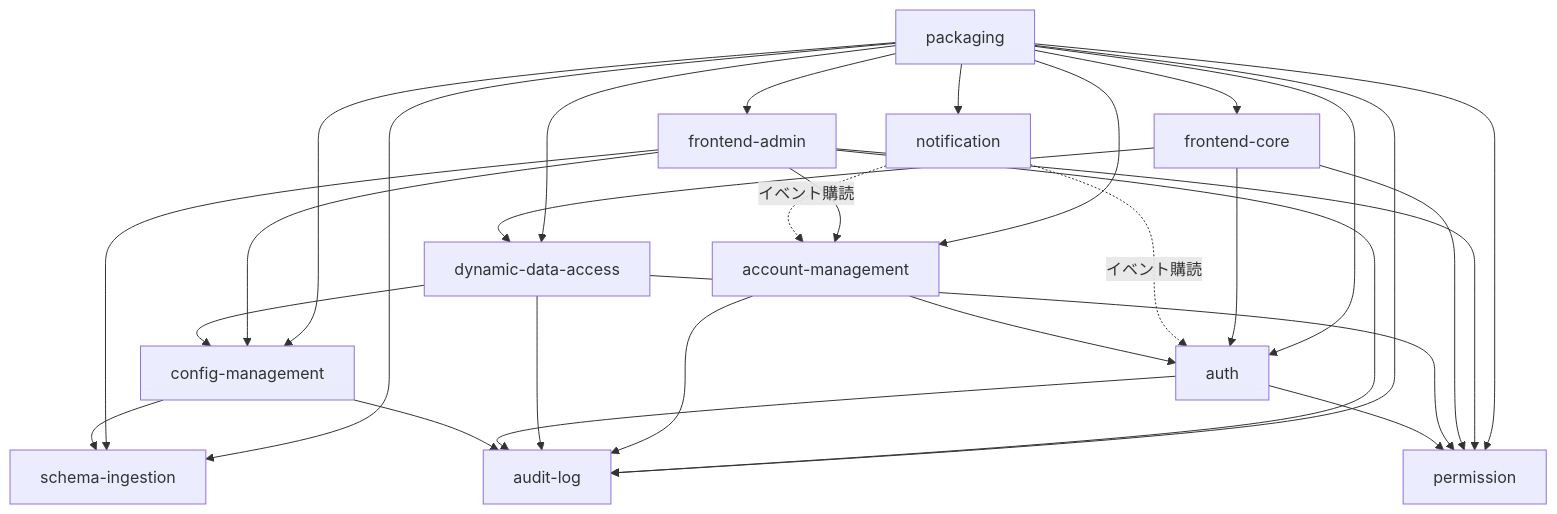
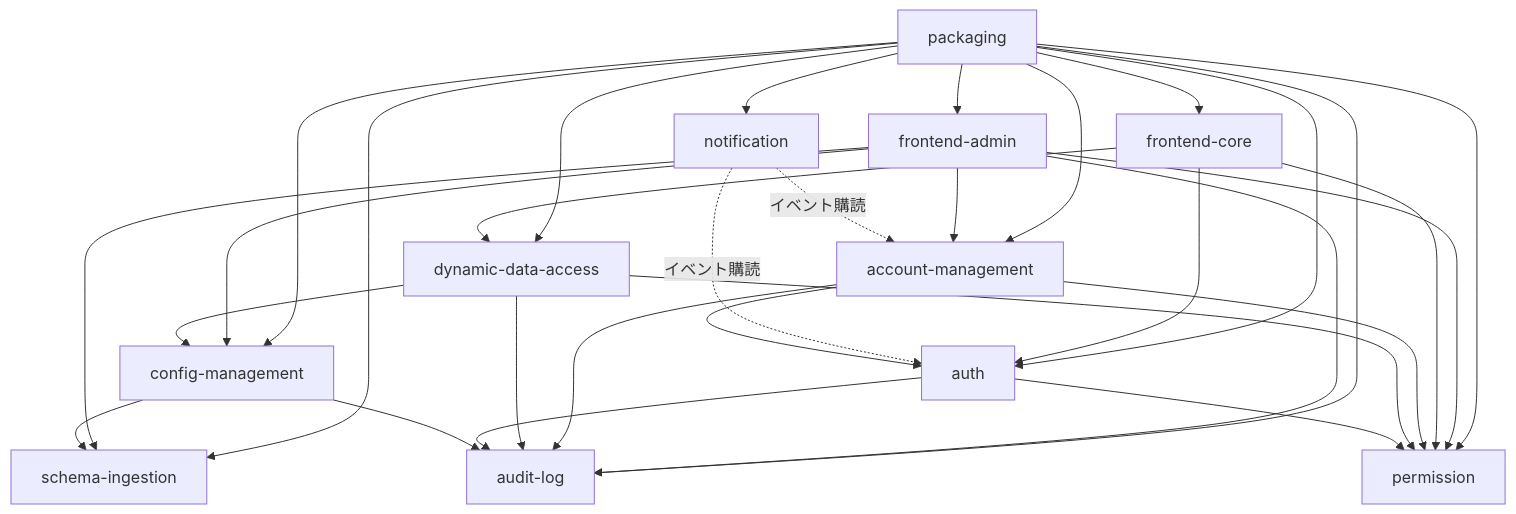
One commit to agwlvssainokuni/mastersmith changed the diagram in aidlc/spaces/default/intents/260904-static-config-crud/inception/units-generation/unit-of-work-dependency.md. Above: the diagram before and after it, drawn with Mermaid. The commit also changed other lines of this file and 12 other files, not shown here.

First line of the commit message:
account-management Unit(U6)のFunctional Designを完了

````diff
--- a/aidlc/spaces/default/intents/260904-static-config-crud/inception/units-generation/unit-of-work-dependency.md
+++ b/aidlc/spaces/default/intents/260904-static-config-crud/inception/units-generation/unit-of-work-dependency.md
@@ -40,32 +42,33 @@
 ```mermaid
 graph TD
   config-management --> schema-ingestion
   config-management --> audit-log
   auth --> audit-log
   auth --> permission
   dynamic-data-access --> config-management
   dynamic-data-access --> permission
   dynamic-data-access --> audit-log
   account-management --> auth
+  account-management --> permission
   account-management --> audit-log
   notification -.->|イベント購読| auth
   notification -.->|イベント購読| account-management
   frontend-core --> auth
   frontend-core --> dynamic-data-access
   frontend-core --> permission
   frontend-admin --> schema-ingestion
   frontend-admin --> config-management
   frontend-admin --> permission
   frontend-admin --> account-management
   frontend-admin --> audit-log
   packaging --> schema-ingestion
   packaging --> config-management
   packaging --> permission
   packaging --> dynamic-data-access
   packaging --> auth
   packaging --> account-management
   packaging --> notification
   packaging --> audit-log
   packaging --> frontend-core
   packaging --> frontend-admin
 ```
````
